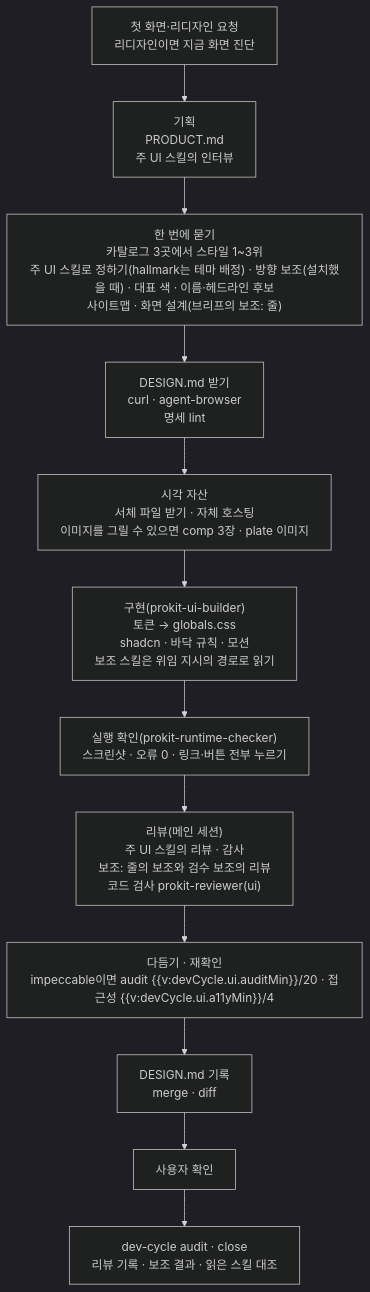
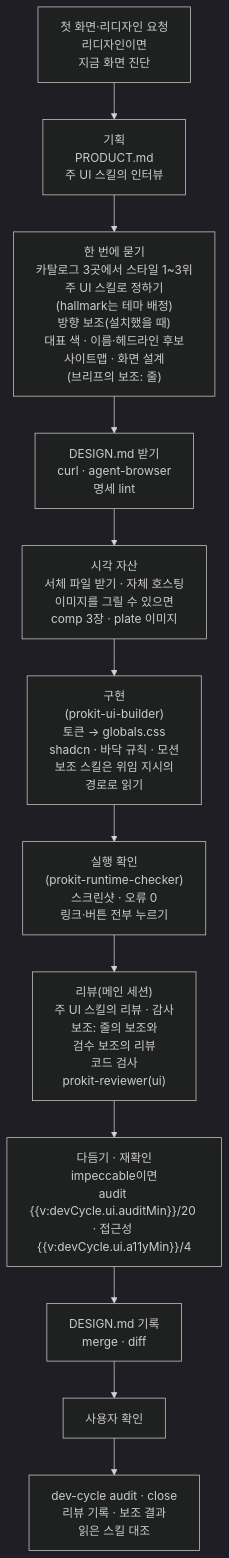
One commit to roadkwon-ai/pro-kit changed the diagram in docs/blocks/ui-flow-diagram.md. Above: the diagram before and after it, drawn with Mermaid (dark theme). The commit also changed 26 other files, not shown here.

````diff
--- a/docs/blocks/ui-flow-diagram.md
+++ b/docs/blocks/ui-flow-diagram.md
@@ -2,19 +2,19 @@
 ```mermaid
 ---
 config:
   flowchart:
-    wrappingWidth: 420
+    wrappingWidth: 230
 ---
 flowchart TB
-  R["첫 화면·리디자인 요청<br/>리디자인이면 지금 화면 진단"] --> I["기획<br/>PRODUCT.md<br/>주 UI 스킬의 인터뷰"]
-  I --> Q["한 번에 묻기<br/>카탈로그 3곳에서 스타일 1~3위<br/>주 UI 스킬로 정하기(hallmark는 테마 배정) · 방향 보조(설치했을 때) · 대표 색 · 이름·헤드라인 후보<br/>사이트맵 · 화면 설계(브리프의 보조: 줄)"]
+  R["첫 화면·리디자인 요청<br/>리디자인이면<br/>지금 화면 진단"] --> I["기획<br/>PRODUCT.md<br/>주 UI 스킬의 인터뷰"]
+  I --> Q["한 번에 묻기<br/>카탈로그 3곳에서 스타일 1~3위<br/>주 UI 스킬로 정하기<br/>(hallmark는 테마 배정)<br/>방향 보조(설치했을 때)<br/>대표 색 · 이름·헤드라인 후보<br/>사이트맵 · 화면 설계<br/>(브리프의 보조: 줄)"]
   Q --> D["DESIGN.md 받기<br/>curl · agent-browser<br/>명세 lint"]
-  D --> A["시각 자산<br/>서체 파일 받기 · 자체 호스팅<br/>이미지를 그릴 수 있으면 comp 3장 · plate 이미지"]
-  A --> C["구현(prokit-ui-builder)<br/>토큰 → globals.css<br/>shadcn · 바닥 규칙 · 모션<br/>보조 스킬은 위임 지시의 경로로 읽기"]
-  C --> X["실행 확인(prokit-runtime-checker)<br/>스크린샷 · 오류 0 · 링크·버튼 전부 누르기"]
-  X --> V["리뷰(메인 세션)<br/>주 UI 스킬의 리뷰 · 감사<br/>보조: 줄의 보조와 검수 보조의 리뷰<br/>코드 검사 prokit-reviewer(ui)"]
-  V --> P["다듬기 · 재확인<br/>impeccable이면 audit {{v:devCycle.ui.auditMin}}/20 · 접근성 {{v:devCycle.ui.a11yMin}}/4"]
+  D --> A["시각 자산<br/>서체 파일 받기 · 자체 호스팅<br/>이미지를 그릴 수 있으면<br/>comp 3장 · plate 이미지"]
+  A --> C["구현<br/>(prokit-ui-builder)<br/>토큰 → globals.css<br/>shadcn · 바닥 규칙 · 모션<br/>보조 스킬은 위임 지시의<br/>경로로 읽기"]
+  C --> X["실행 확인<br/>(prokit-runtime-checker)<br/>스크린샷 · 오류 0<br/>링크·버튼 전부 누르기"]
+  X --> V["리뷰(메인 세션)<br/>주 UI 스킬의 리뷰 · 감사<br/>보조: 줄의 보조와<br/>검수 보조의 리뷰<br/>코드 검사<br/>prokit-reviewer(ui)"]
+  V --> P["다듬기 · 재확인<br/>impeccable이면<br/>audit {{v:devCycle.ui.auditMin}}/20 · 접근성 {{v:devCycle.ui.a11yMin}}/4"]
   P --> M["DESIGN.md 기록<br/>merge · diff"]
   M --> U["사용자 확인"]
-  U --> AU["dev-cycle audit · close<br/>리뷰 기록 · 보조 결과 · 읽은 스킬 대조"]
+  U --> AU["dev-cycle audit · close<br/>리뷰 기록 · 보조 결과<br/>읽은 스킬 대조"]
 ```
````
